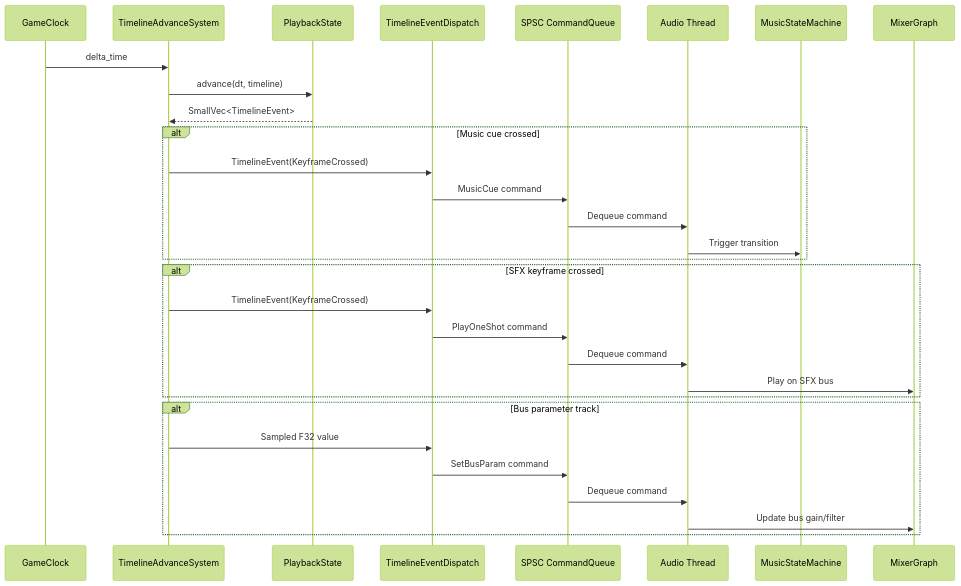
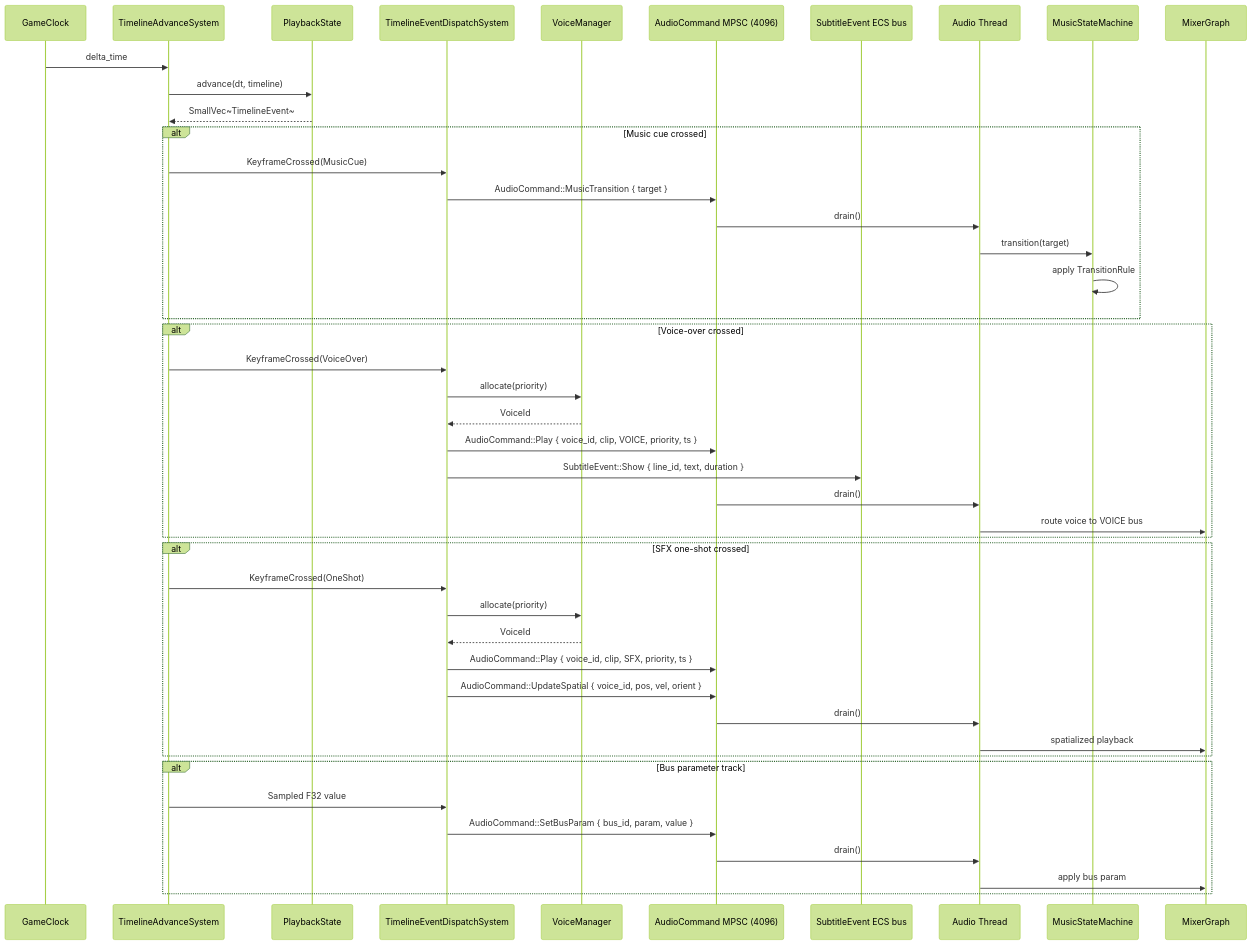
The second of 3 diagrams in docs/design/integration/timelines-audio.md (harmonius-dev/harmonius), drawn with Mermaid (forest theme) before and after one commit. The commit also changed other lines of this file and 109 other files, not shown here.

````diff
--- a/docs/design/integration/timelines-audio.md
+++ b/docs/design/integration/timelines-audio.md
@@ -93,36 +342,52 @@
 ```mermaid
 sequenceDiagram
     participant CLK as GameClock
     participant TAS as TimelineAdvanceSystem
     participant PBS as PlaybackState
-    participant TED as TimelineEventDispatch
-    participant CQ as SPSC CommandQueue
+    participant TED as TimelineEventDispatchSystem
+    participant VM as VoiceManager
+    participant CMD as AudioCommand MPSC (4096)
+    participant EVT as SubtitleEvent ECS bus
     participant AT as Audio Thread
     participant MSM as MusicStateMachine
     participant MIX as MixerGraph
 
     CLK->>TAS: delta_time
     TAS->>PBS: advance(dt, timeline)
-    PBS-->>TAS: SmallVec<TimelineEvent>
+    PBS-->>TAS: SmallVec~TimelineEvent~
 
     alt Music cue crossed
-        TAS->>TED: TimelineEvent(KeyframeCrossed)
-        TED->>CQ: MusicCue command
-        CQ->>AT: Dequeue command
-        AT->>MSM: Trigger transition
+        TAS->>TED: KeyframeCrossed(MusicCue)
+        TED->>CMD: AudioCommand::MusicTransition { target }
+        CMD->>AT: drain()
+        AT->>MSM: transition(target)
+        MSM->>MSM: apply TransitionRule
     end
 
-    alt SFX keyframe crossed
-        TAS->>TED: TimelineEvent(KeyframeCrossed)
-        TED->>CQ: PlayOneShot command
-        CQ->>AT: Dequeue command
-        AT->>MIX: Play on SFX bus
+    alt Voice-over crossed
+        TAS->>TED: KeyframeCrossed(VoiceOver)
+        TED->>VM: allocate(priority)
+        VM-->>TED: VoiceId
+        TED->>CMD: AudioCommand::Play { voice_id, clip, VOICE, priority, ts }
+        TED->>EVT: SubtitleEvent::Show { line_id, text, duration }
+        CMD->>AT: drain()
+        AT->>MIX: route voice to VOICE bus
+    end
+
+    alt SFX one-shot crossed
+        TAS->>TED: KeyframeCrossed(OneShot)
+        TED->>VM: allocate(priority)
+        VM-->>TED: VoiceId
+        TED->>CMD: AudioCommand::Play { voice_id, clip, SFX, priority, ts }
+        TED->>CMD: AudioCommand::UpdateSpatial { voice_id, pos, vel, orient }
+        CMD->>AT: drain()
+        AT->>MIX: spatialized playback
     end
 
     alt Bus parameter track
         TAS->>TED: Sampled F32 value
-        TED->>CQ: SetBusParam command
-        CQ->>AT: Dequeue command
-        AT->>MIX: Update bus gain/filter
+        TED->>CMD: AudioCommand::SetBusParam { bus_id, param, value }
+        CMD->>AT: drain()
+        AT->>MIX: apply bus param
     end
 ```
````
